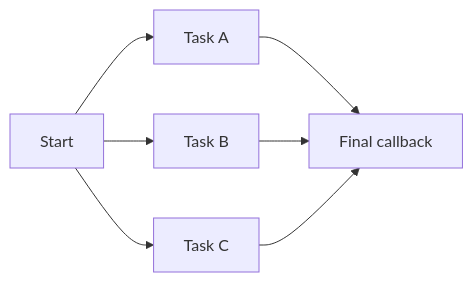
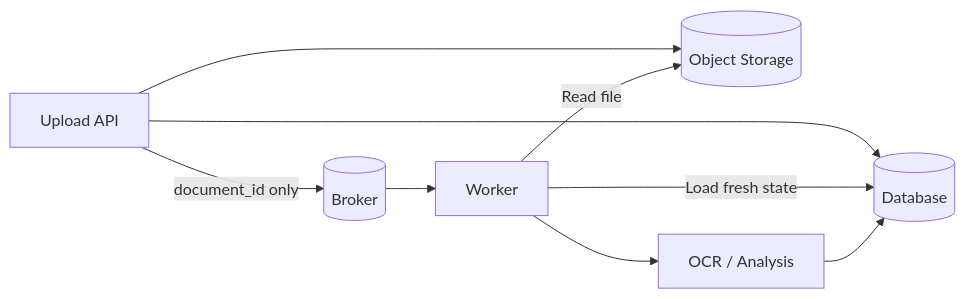
The seventh of 8 diagrams in src/content/task-processing/celery-vs-taskiq.md (AvadhBhalodiya/Interview-Preparation), drawn with Mermaid before and after one commit. The commit also changed other lines of this file and 80 other files, not shown here.

````diff
--- a/src/content/task-processing/celery-vs-taskiq.md
+++ b/src/content/task-processing/celery-vs-taskiq.md
@@ -690,9 +412,11 @@
 ```mermaid
 flowchart LR
-    S[Start] --> A[Task A]
-    S --> B[Task B]
-    S --> C[Task C]
-    A --> F[Final callback]
-    B --> F
-    C --> F
+    A[Upload API] --> B[(Object Storage)]
+    A --> C[(Database)]
+    A -->|document_id only| D[(Broker)]
+    D --> E[Worker]
+    E -->|Load fresh state| C
+    E -->|Read file| B
+    E --> F[OCR / Analysis]
+    F --> C
 ```
````
